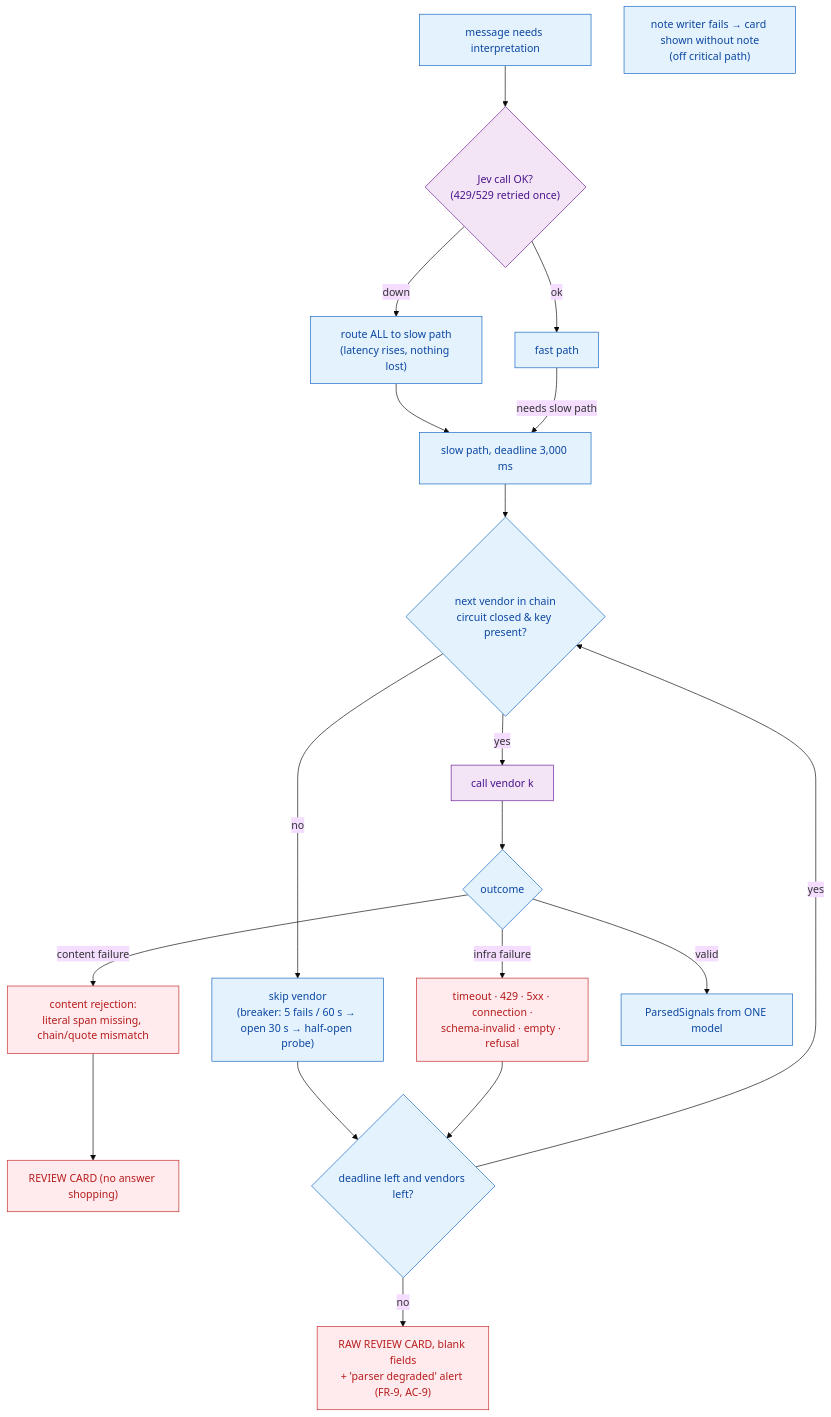
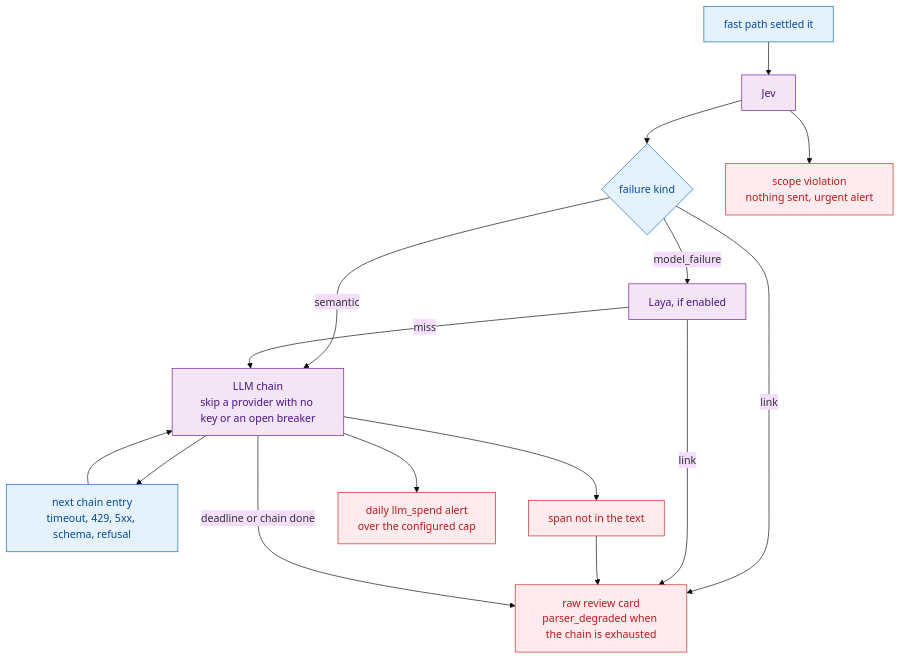
The third of 7 diagrams in docs/diagrams/09-failure-recovery.md (idolrun/trading-agent), drawn with Mermaid (base theme) before and after one commit. The commit also changed other lines of this file and 131 other files, not shown here.

First line of the commit message:
docs: update architecture and data flow diagrams for clarity and consistency

````diff
--- a/docs/diagrams/09-failure-recovery.md
+++ b/docs/diagrams/09-failure-recovery.md
@@ -130,36 +101,30 @@
 ```mermaid
 flowchart TB
     classDef code fill:#e3f2fd,stroke:#1565c0,color:#0d47a1
     classDef model fill:#f3e5f5,stroke:#6a1b9a,color:#4a148c
     classDef fail fill:#ffebee,stroke:#c62828,color:#b71c1c
 
-    M["message needs interpretation"]:::code
-    J{"Jev call OK?<br/>(429/529 retried once)"}:::model
-    JD["route ALL to slow path<br/>(latency rises, nothing lost)"]:::code
-    FAST["fast path"]:::code
-    SL["slow path, deadline 3,000 ms"]:::code
-    CB{"next vendor in chain<br/>circuit closed & key present?"}:::code
-    SKIP["skip vendor<br/>(breaker: 5 fails / 60 s → open 30 s → half-open probe)"]:::code
-    CALL["call vendor k"]:::model
-    RES{"outcome"}:::code
-    INFRA["timeout · 429 · 5xx · connection ·<br/>schema-invalid · empty · refusal"]:::fail
-    CONT["content rejection:<br/>literal span missing, chain/quote mismatch"]:::fail
-    RV["REVIEW CARD (no answer shopping)"]:::fail
-    OKX["ParsedSignals from ONE model"]:::code
-    EXH{"deadline left and vendors left?"}:::code
-    RAW["RAW REVIEW CARD, blank fields<br/>+ 'parser degraded' alert (FR-9, AC-9)"]:::fail
-    NOTE["note writer fails → card shown without note<br/>(off critical path)"]:::code
+    FAST["fast path settled it"]:::code
+    JEV["Jev"]:::model
+    WHY{"failure kind"}:::code
+    LAYA["Laya, if enabled"]:::model
+    LLM["LLM chain<br/>skip a provider with no key or an open breaker"]:::model
+    NEXT["next chain entry<br/>timeout, 429, 5xx, schema, refusal"]:::code
+    SPAN["span not in the text"]:::fail
+    RAW["raw review card<br/>parser_degraded when the chain is exhausted"]:::fail
+    SCOPE["scope violation<br/>nothing sent, urgent alert"]:::fail
+    SPEND["daily llm_spend alert<br/>over the configured cap"]:::fail
 
-    M --> J
-    J -->|"ok"| FAST
-    J -->|"down"| JD --> SL
-    FAST -->|"needs slow path"| SL
-    SL --> CB
-    CB -->|"no"| SKIP --> EXH
-    CB -->|"yes"| CALL --> RES
-    RES -->|"infra failure"| INFRA --> EXH
-    RES -->|"content failure"| CONT --> RV
-    RES -->|"valid"| OKX
-    EXH -->|"yes"| CB
-    EXH -->|"no"| RAW
+    FAST --> JEV
+    JEV --> WHY
+    WHY -->|"model_failure"| LAYA
+    WHY -->|"semantic"| LLM
+    WHY -->|"link"| RAW
+    LAYA -->|"miss"| LLM
+    LAYA -->|"link"| RAW
+    LLM --> NEXT --> LLM
+    LLM --> SPAN --> RAW
+    LLM -->|"deadline or chain done"| RAW
+    JEV --> SCOPE
+    LLM --> SPEND
 ```
````
